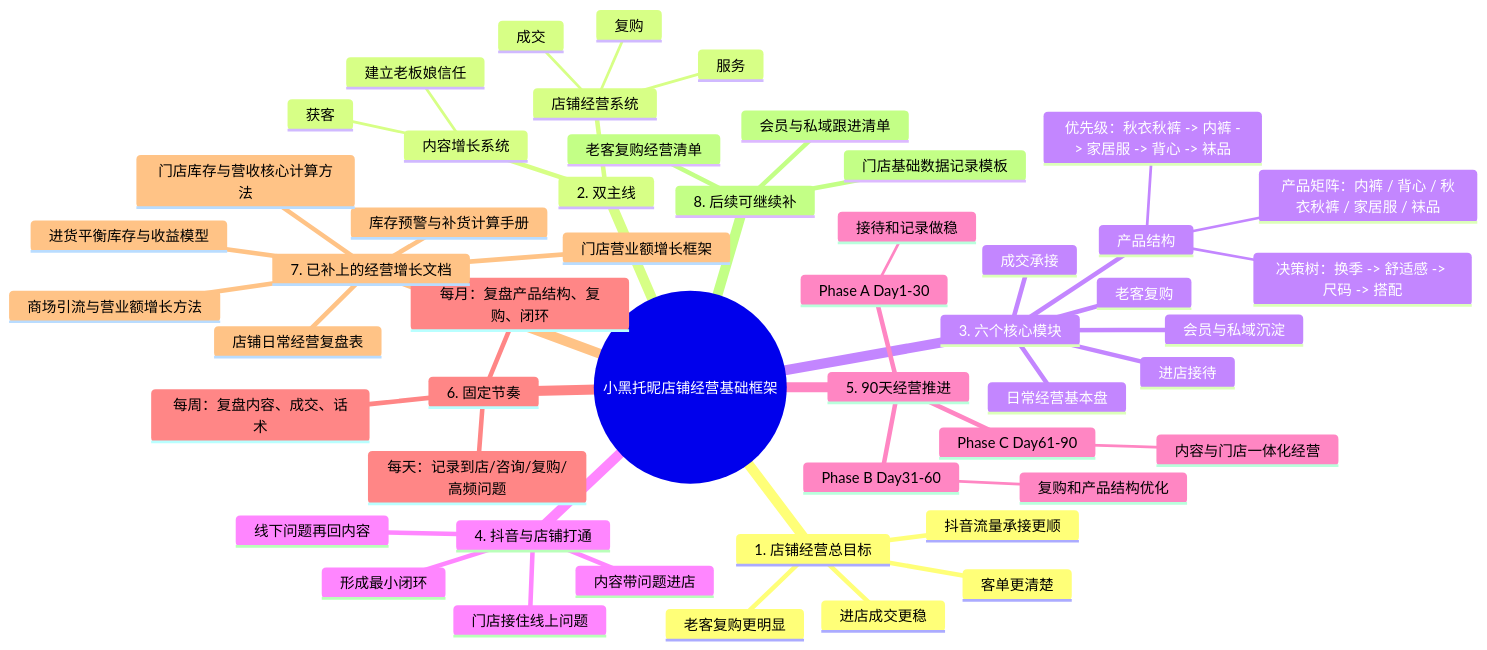
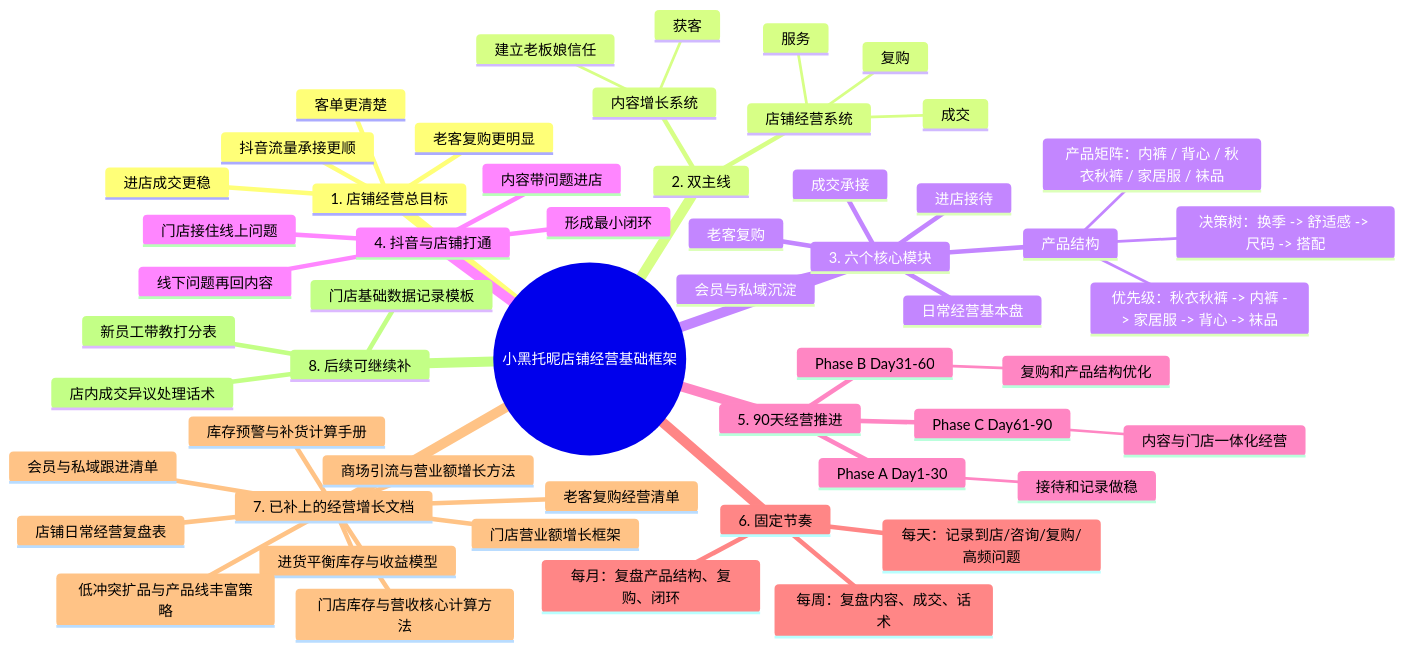
The diagram in mindmaps/06-店铺经营基础框架-mindmap.md (lizhihui0215/Black-Tonny), drawn with Mermaid before and after one commit. The commit also changed 13 other files, not shown here.

````diff
--- a/mindmaps/06-店铺经营基础框架-mindmap.md
+++ b/mindmaps/06-店铺经营基础框架-mindmap.md
@@ -3,54 +3,57 @@
 ```mermaid
 mindmap
   root((小黑托昵店铺经营基础框架))
     1. 店铺经营总目标
       进店成交更稳
       客单更清楚
       老客复购更明显
       抖音流量承接更顺
     2. 双主线
       内容增长系统
         获客
         建立老板娘信任
       店铺经营系统
         成交
         服务
         复购
     3. 六个核心模块
       进店接待
       产品结构
         产品矩阵：内裤 / 背心 / 秋衣秋裤 / 家居服 / 袜品
         优先级：秋衣秋裤 -> 内裤 -> 家居服 -> 背心 -> 袜品
         决策树：换季 -> 舒适感 -> 尺码 -> 搭配
       成交承接
       老客复购
       会员与私域沉淀
       日常经营基本盘
     4. 抖音与店铺打通
       内容带问题进店
       门店接住线上问题
       线下问题再回内容
       形成最小闭环
     5. 90天经营推进
       Phase A Day1-30
         接待和记录做稳
       Phase B Day31-60
         复购和产品结构优化
       Phase C Day61-90
         内容与门店一体化经营
     6. 固定节奏
       每天：记录到店/咨询/复购/高频问题
       每周：复盘内容、成交、话术
       每月：复盘产品结构、复购、闭环
     7. 已补上的经营增长文档
       店铺日常经营复盘表
       商场引流与营业额增长方法
       门店营业额增长框架
       库存预警与补货计算手册
       进货平衡库存与收益模型
       门店库存与营收核心计算方法
-    8. 后续可继续补
       老客复购经营清单
       会员与私域跟进清单
+      低冲突扩品与产品线丰富策略
+    8. 后续可继续补
       门店基础数据记录模板
+      店内成交异议处理话术
+      新员工带教打分表
 ```
````
